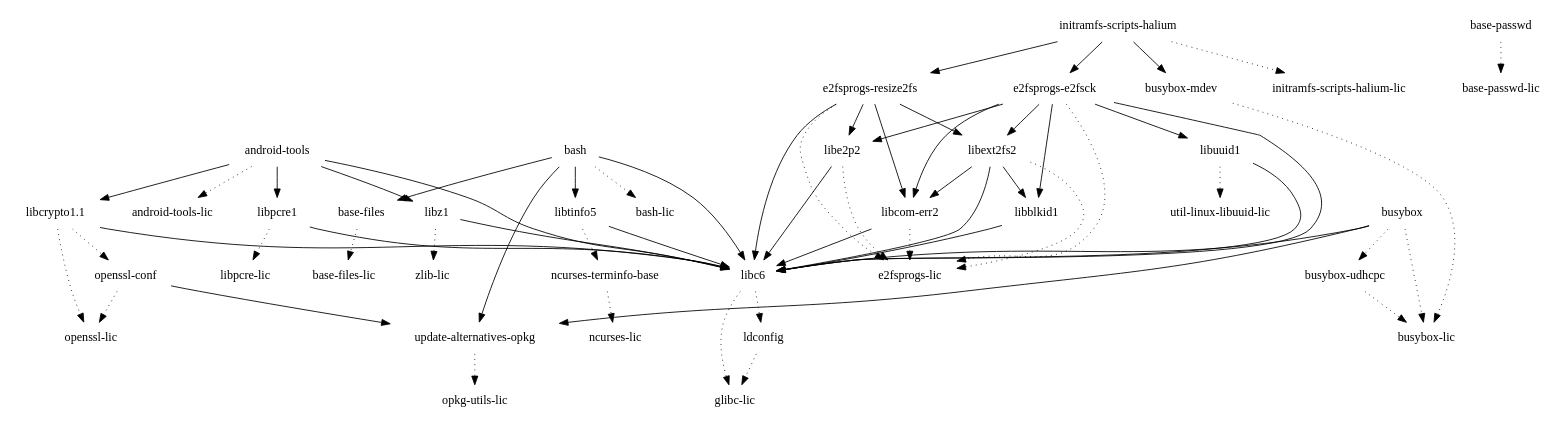
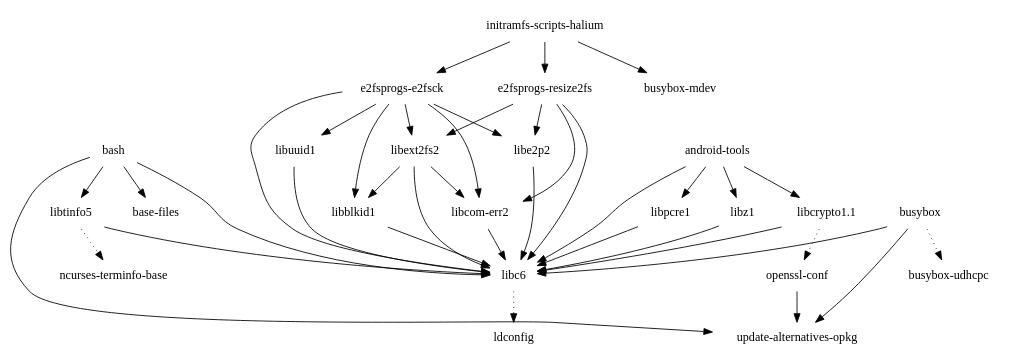
Before and after one commit to webOS-ports/buildhistory: the diagram in images/mido/glibc/initramfs-android-image/depends.dot, drawn with Graphviz. The commit also changed 8544 other files, not shown here.

```diff
--- a/images/mido/glibc/initramfs-android-image/depends.dot
+++ b/images/mido/glibc/initramfs-android-image/depends.dot
@@ -1,64 +1,42 @@
 digraph depends {
     node [shape=plaintext]
-"android-tools" -> "android-tools-lic" [style=dotted]
 "android-tools" -> "libc6"
 "android-tools" -> "libcrypto1.1"
 "android-tools" -> "libpcre1"
 "android-tools" -> "libz1"
-"base-files" -> "base-files-lic" [style=dotted]
-"base-passwd" -> "base-passwd-lic" [style=dotted]
 "bash" -> "base-files"
-"bash" -> "bash-lic" [style=dotted]
 "bash" -> "libc6"
 "bash" -> "libtinfo5"
 "bash" -> "update-alternatives-opkg"
-"busybox" -> "busybox-lic" [style=dotted]
 "busybox" -> "busybox-udhcpc" [style=dotted]
 "busybox" -> "libc6"
-"busybox-mdev" -> "busybox-lic" [style=dotted]
-"busybox-udhcpc" -> "busybox-lic" [style=dotted]
 "busybox" -> "update-alternatives-opkg"
-"e2fsprogs-e2fsck" -> "e2fsprogs-lic" [style=dotted]
 "e2fsprogs-e2fsck" -> "libblkid1"
 "e2fsprogs-e2fsck" -> "libc6"
 "e2fsprogs-e2fsck" -> "libcom-err2"
 "e2fsprogs-e2fsck" -> "libe2p2"
 "e2fsprogs-e2fsck" -> "libext2fs2"
 "e2fsprogs-e2fsck" -> "libuuid1"
-"e2fsprogs-resize2fs" -> "e2fsprogs-lic" [style=dotted]
 "e2fsprogs-resize2fs" -> "libc6"
 "e2fsprogs-resize2fs" -> "libcom-err2"
 "e2fsprogs-resize2fs" -> "libe2p2"
 "e2fsprogs-resize2fs" -> "libext2fs2"
 "initramfs-scripts-halium" -> "busybox-mdev"
 "initramfs-scripts-halium" -> "e2fsprogs-e2fsck"
 "initramfs-scripts-halium" -> "e2fsprogs-resize2fs"
-"initramfs-scripts-halium" -> "initramfs-scripts-halium-lic" [style=dotted]
-"ldconfig" -> "glibc-lic" [style=dotted]
 "libblkid1" -> "libc6"
-"libc6" -> "glibc-lic" [style=dotted]
 "libc6" -> "ldconfig" [style=dotted]
-"libcom-err2" -> "e2fsprogs-lic" [style=dotted]
 "libcom-err2" -> "libc6"
 "libcrypto1.1" -> "libc6"
 "libcrypto1.1" -> "openssl-conf" [style=dotted]
-"libcrypto1.1" -> "openssl-lic" [style=dotted]
-"libe2p2" -> "e2fsprogs-lic" [style=dotted]
 "libe2p2" -> "libc6"
-"libext2fs2" -> "e2fsprogs-lic" [style=dotted]
 "libext2fs2" -> "libblkid1"
 "libext2fs2" -> "libc6"
 "libext2fs2" -> "libcom-err2"
 "libpcre1" -> "libc6"
-"libpcre1" -> "libpcre-lic" [style=dotted]
 "libtinfo5" -> "libc6"
 "libtinfo5" -> "ncurses-terminfo-base" [style=dotted]
 "libuuid1" -> "libc6"
-"libuuid1" -> "util-linux-libuuid-lic" [style=dotted]
 "libz1" -> "libc6"
-"libz1" -> "zlib-lic" [style=dotted]
-"ncurses-terminfo-base" -> "ncurses-lic" [style=dotted]
-"openssl-conf" -> "openssl-lic" [style=dotted]
 "openssl-conf" -> "update-alternatives-opkg"
-"update-alternatives-opkg" -> "opkg-utils-lic" [style=dotted]
 }
```
